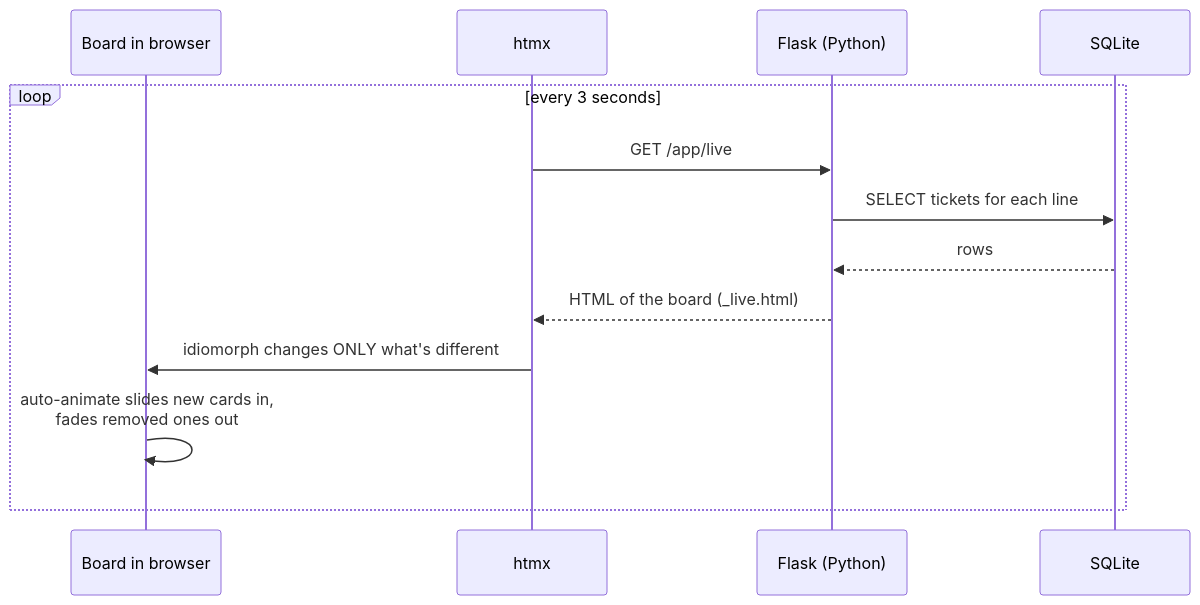
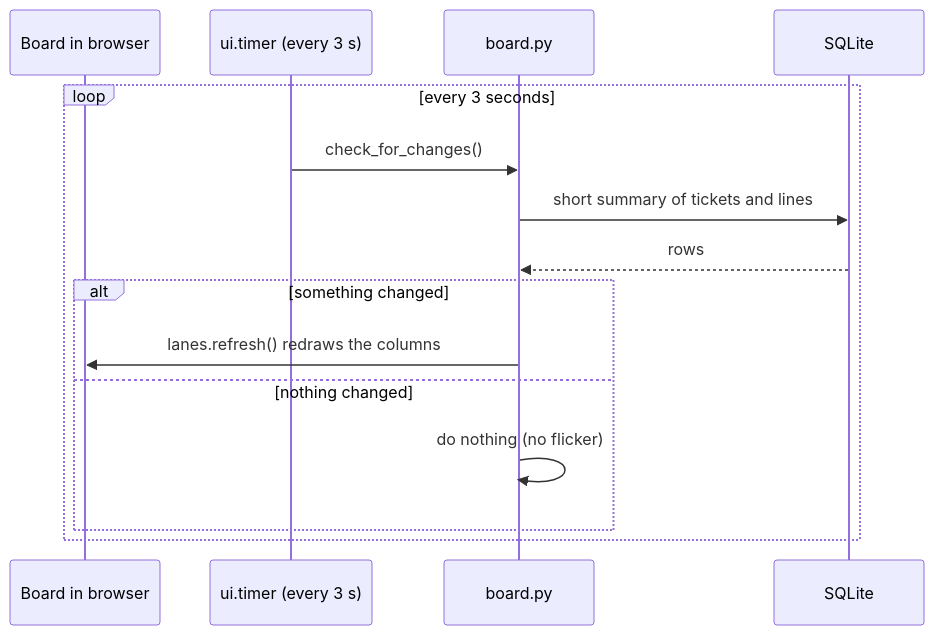
Before and after one commit to unwacko/dashQ_deployed: the sixth of 11 diagrams in dashQ_how_it_works.md, drawn with Mermaid. The commit also changed other lines of this file and 60 other files, not shown here.

First line of the commit message:
Rewrite dashQ in Python only with NiceGUI

````diff
--- a/dashQ_how_it_works.md
+++ b/dashQ_how_it_works.md
@@ -273,16 +307,18 @@
 ```mermaid
 sequenceDiagram
-    participant Browser as Board in browser
-    participant htmx
-    participant Flask as Flask (Python)
+    participant Board as Board in browser
+    participant Timer as ui.timer (every 3 s)
+    participant Python as board.py
     participant DB as SQLite
 
     loop every 3 seconds
-        htmx->>Flask: GET /app/live
-        Flask->>DB: SELECT tickets for each line
-        DB-->>Flask: rows
-        Flask-->>htmx: HTML of the board (_live.html)
-        htmx->>Browser: idiomorph changes ONLY what's different
-        Browser->>Browser: auto-animate slides new cards in,<br/>fades removed ones out
+        Timer->>Python: check_for_changes()
+        Python->>DB: short summary of tickets and lines
+        DB-->>Python: rows
+        alt something changed
+            Python->>Board: lanes.refresh() redraws the columns
+        else nothing changed
+            Python->>Python: do nothing (no flicker)
+        end
     end
 ```
````
